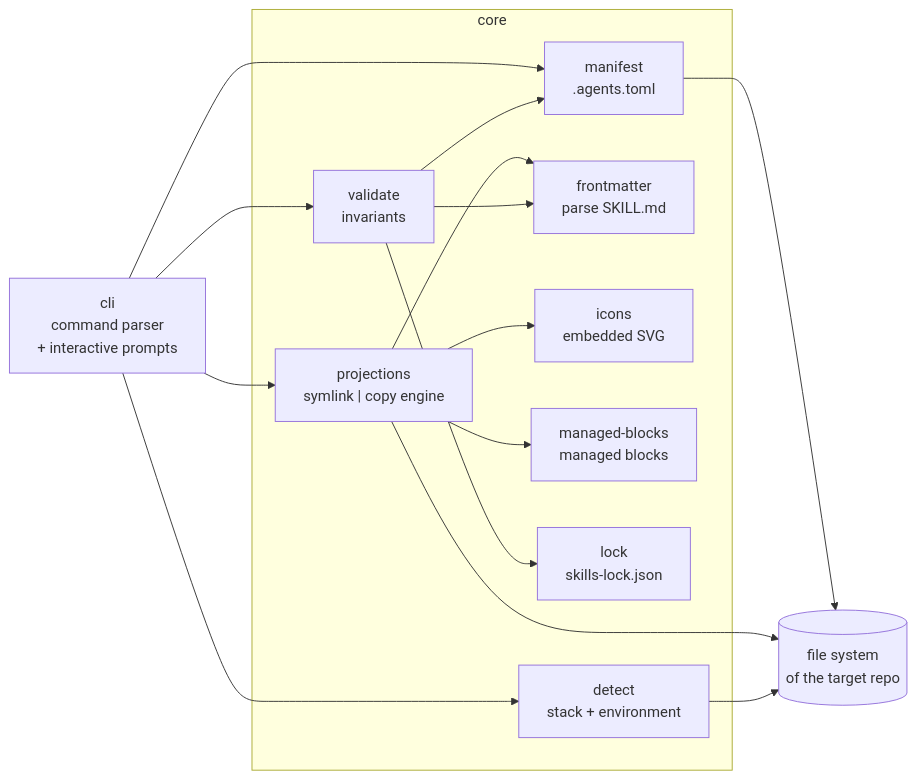
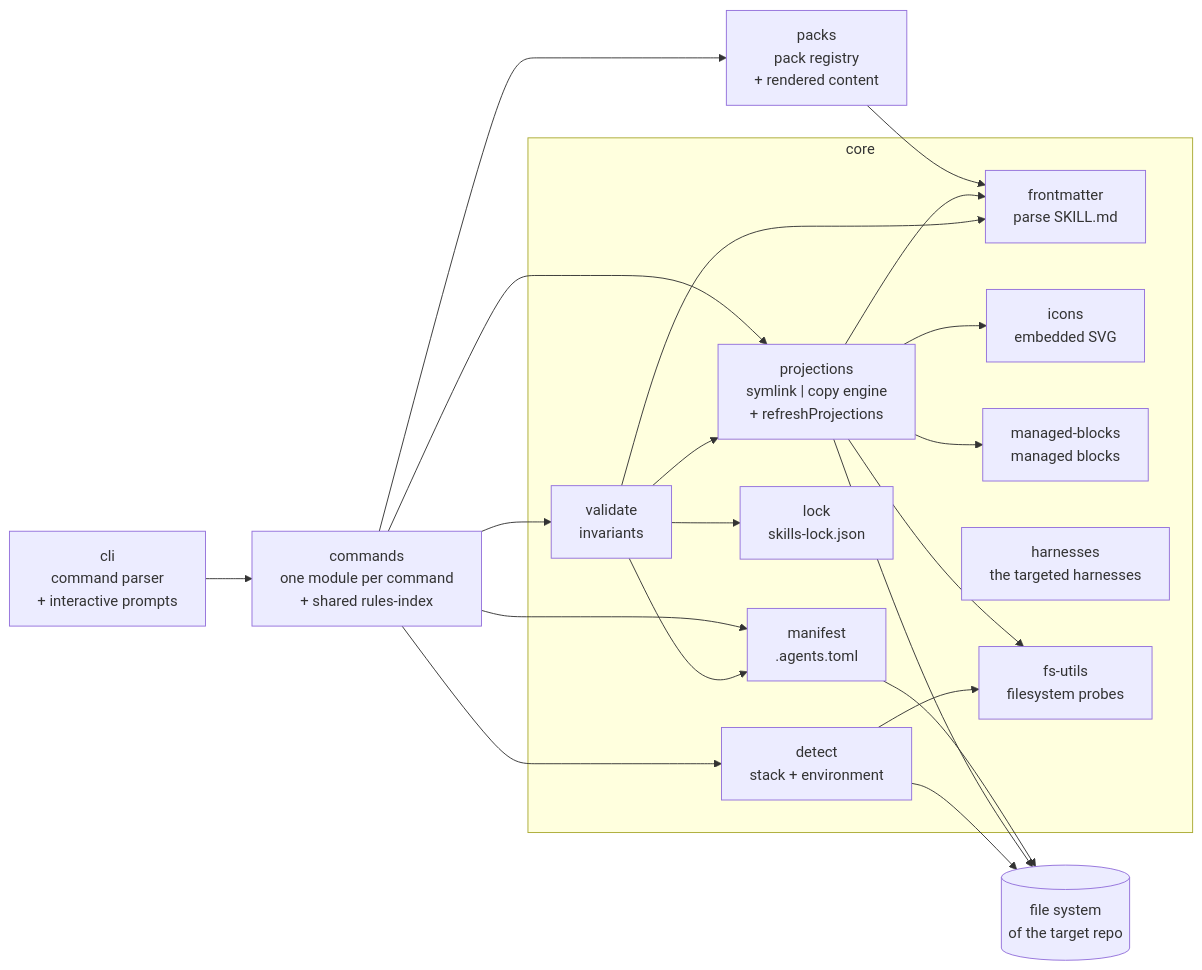
Before and after one commit to PicardRaphael/agentsdir: the second of 3 diagrams in docs/architecture.md, drawn with Mermaid. The commit also changed other lines of this file and 2 other files, not shown here.

Commit message:
Docs : diagramme des modules, socle de test et CHANGELOG a jour

````diff
--- a/docs/architecture.md
+++ b/docs/architecture.md
@@ -53,31 +53,41 @@
 ```mermaid
 flowchart LR
     CLI["cli<br>command parser<br>+ interactive prompts"]
+    CMD["commands<br>one module per command<br>+ shared rules-index"]
 
     subgraph CORE["core"]
         MAN["manifest<br>.agents.toml"]
-        PROJ["projections<br>symlink | copy engine"]
+        PROJ["projections<br>symlink | copy engine<br>+ refreshProjections"]
         VAL["validate<br>invariants"]
         FM["frontmatter<br>parse SKILL.md"]
         IC["icons<br>embedded SVG"]
         MB["managed-blocks<br>managed blocks"]
         LK["lock<br>skills-lock.json"]
         DET["detect<br>stack + environment"]
+        HAR["harnesses<br>the targeted harnesses"]
+        FSU["fs-utils<br>filesystem probes"]
     end
 
+    PKS["packs<br>pack registry<br>+ rendered content"]
     FS[("file system<br>of the target repo")]
 
-    CLI --> MAN
-    CLI --> DET
-    CLI --> PROJ
-    CLI --> VAL
+    CLI --> CMD
+    CMD --> MAN
+    CMD --> DET
+    CMD --> PROJ
+    CMD --> VAL
+    CMD --> PKS
+    PKS --> FM
     PROJ --> FM
     PROJ --> IC
     PROJ --> MB
+    PROJ --> FSU
     VAL --> FM
     VAL --> LK
     VAL --> MAN
+    VAL --> PROJ
+    DET --> FSU
     MAN --> FS
     PROJ --> FS
     DET --> FS
 ```
````
